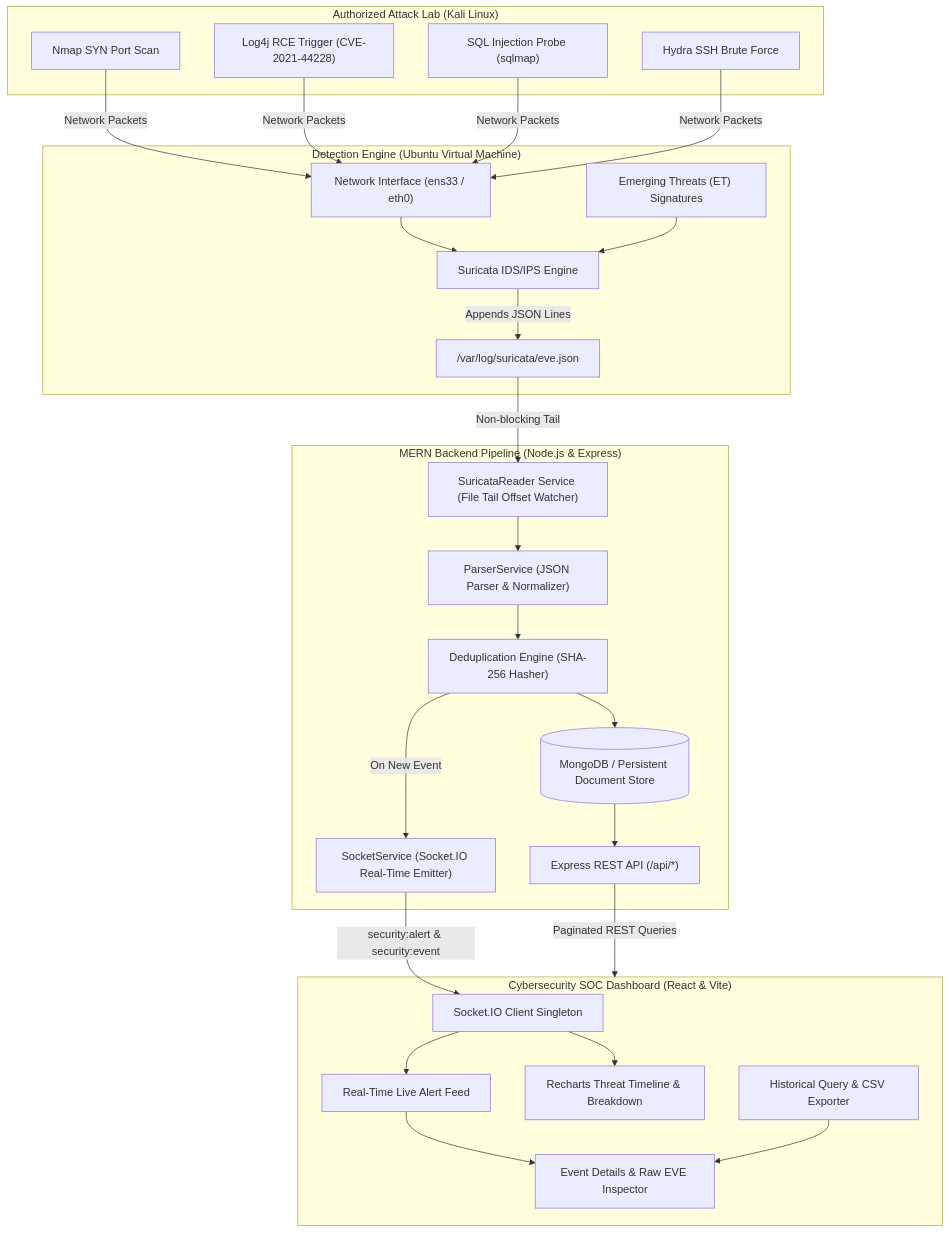
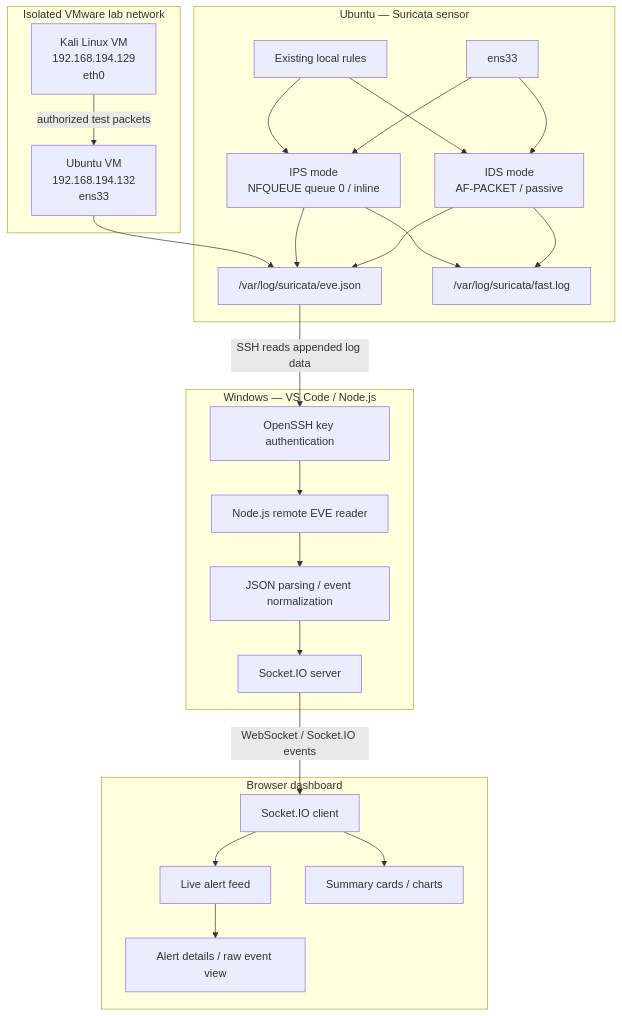
The first of 2 diagrams in docs/architecture.md (siddhanth4/Suricata-Monitoring-Dashboard), drawn with Mermaid before and after one commit. The commit also changed other lines of this file and 4 other files, not shown here.

````diff
--- a/docs/architecture.md
+++ b/docs/architecture.md
@@ -7,56 +11,47 @@
 ```mermaid
-graph TD
-    subgraph Attack_Lab ["Authorized Attack Lab (Kali Linux)"]
-        K1["Nmap SYN Port Scan"]
-        K2["Log4j RCE Trigger (CVE-2021-44228)"]
-        K3["SQL Injection Probe (sqlmap)"]
-        K4["Hydra SSH Brute Force"]
-    end
+flowchart TB
+  subgraph LAB["Isolated VMware lab network"]
+    K["Kali Linux VM<br/>192.168.194.129<br/>eth0"]
+    U["Ubuntu VM<br/>192.168.194.132<br/>ens33"]
+    K -->|"authorized test packets"| U
+  end
 
-    subgraph Host_Engine ["Detection Engine (Ubuntu Virtual Machine)"]
-        IFACE["Network Interface (ens33 / eth0)"]
-        SURI["Suricata IDS/IPS Engine"]
-        RULES["Emerging Threats (ET) Signatures"]
-        EVE["/var/log/suricata/eve.json"]
-    end
+  subgraph SENSOR["Ubuntu — Suricata sensor"]
+    IF["ens33"]
+    IDS["IDS mode<br/>AF-PACKET / passive"]
+    IPS["IPS mode<br/>NFQUEUE queue 0 / inline"]
+    RULES["Existing local rules"]
+    EVE["/var/log/suricata/eve.json"]
+    FAST["/var/log/suricata/fast.log"]
+    IF --> IDS
+    IF --> IPS
+    RULES --> IDS
+    RULES --> IPS
+    IDS --> EVE
+    IDS --> FAST
+    IPS --> EVE
+    IPS --> FAST
+  end
 
-    subgraph Backend_Pipeline ["MERN Backend Pipeline (Node.js & Express)"]
-        TAIL["SuricataReader Service (File Tail Offset Watcher)"]
-        PARSER["ParserService (JSON Parser & Normalizer)"]
-        DEDUP["Deduplication Engine (SHA-256 Hasher)"]
-        MONGO[("MongoDB / Persistent Document Store")]
-        SOCKET["SocketService (Socket.IO Real-Time Emitter)"]
-        REST["Express REST API (/api/*)"]
-    end
+  subgraph DEV["Windows — VS Code / Node.js"]
+    SSH["OpenSSH key authentication"]
+    READER["Node.js remote EVE reader"]
+    PARSER["JSON parsing / event normalization"]
+    SOCKET["Socket.IO server"]
+    SSH --> READER --> PARSER --> SOCKET
+  end
 
-    subgraph Dashboard_Frontend ["Cybersecurity SOC Dashboard (React & Vite)"]
-        CLIENT_SOCK["Socket.IO Client Singleton"]
-        FEED["Real-Time Live Alert Feed"]
-        CHARTS["Recharts Threat Timeline & Breakdown"]
-        DRAWER["Event Details & Raw EVE Inspector"]
-        HIST["Historical Query & CSV Exporter"]
-    end
+  subgraph WEB["Browser dashboard"]
+    CLIENT["Socket.IO client"]
+    FEED["Live alert feed"]
+    SUMMARY["Summary cards / charts"]
+    DETAILS["Alert details / raw event view"]
+    CLIENT --> FEED
+    CLIENT --> SUMMARY
+    FEED --> DETAILS
+  end
 
-    K1 -->|Network Packets| IFACE
-    K2 -->|Network Packets| IFACE
-    K3 -->|Network Packets| IFACE
-    K4 -->|Network Packets| IFACE
-
-    IFACE --> SURI
-    RULES --> SURI
-    SURI -->|Appends JSON Lines| EVE
-
-    EVE -->|Non-blocking Tail| TAIL
-    TAIL --> PARSER
-    PARSER --> DEDUP
-    DEDUP --> MONGO
-    DEDUP -->|On New Event| SOCKET
-    MONGO --> REST
-
-    SOCKET -->|security:alert & security:event| CLIENT_SOCK
-    REST -->|Paginated REST Queries| Dashboard_Frontend
-    CLIENT_SOCK --> FEED
-    CLIENT_SOCK --> CHARTS
-    FEED --> DRAWER
-    HIST --> DRAWER
+  U --> EVE
+  EVE -->|"SSH reads appended log data"| SSH
+  SOCKET -->|"WebSocket / Socket.IO events"| CLIENT
 ```
````
